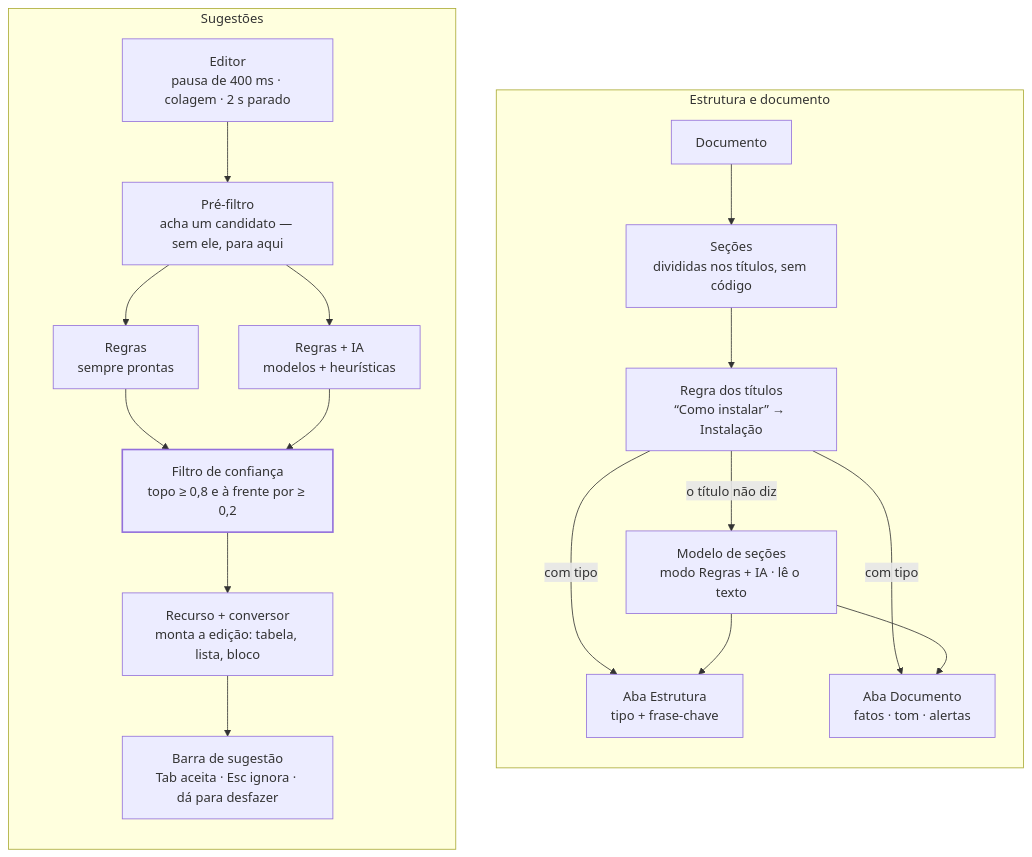
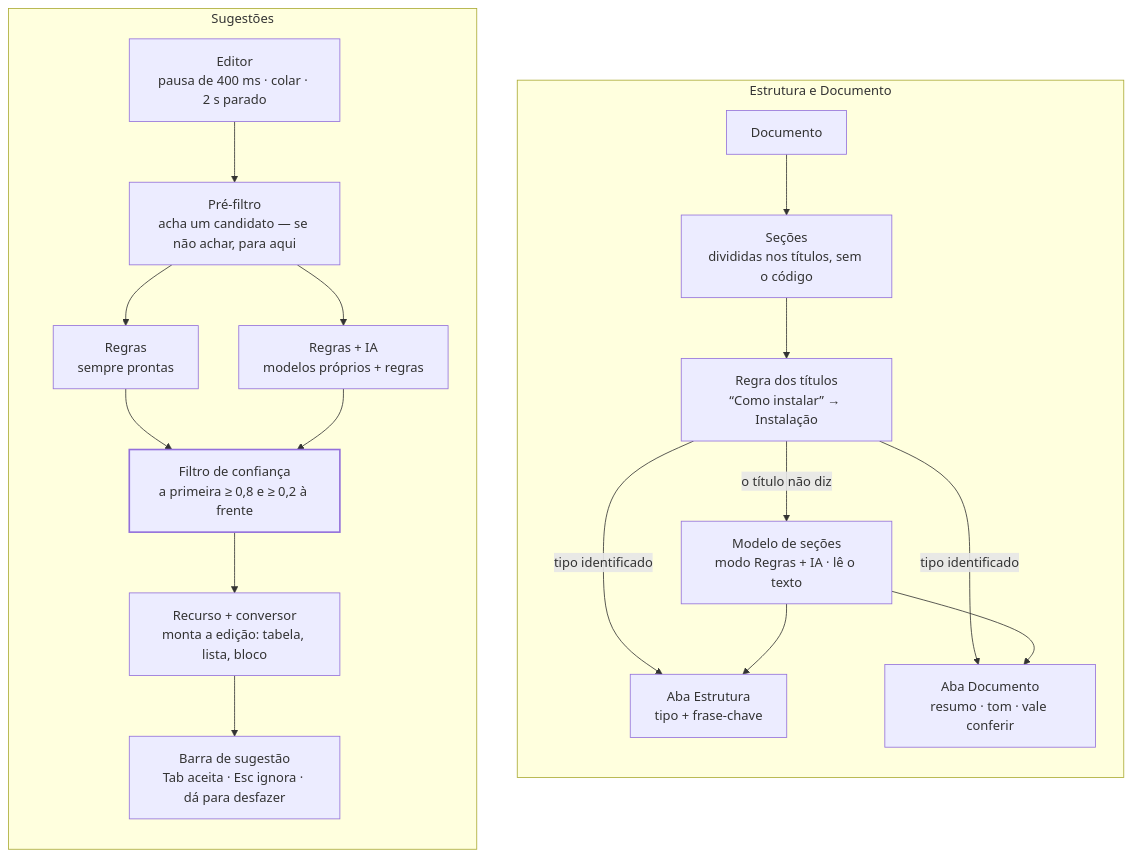
Before and after one commit to PabloFLPs/Marksage: the diagram in docs/SMART-ASSIST.pt-BR.md, drawn with Mermaid. The commit also changed other lines of this file and 2 other files, not shown here.

````diff
--- a/docs/SMART-ASSIST.pt-BR.md
+++ b/docs/SMART-ASSIST.pt-BR.md
@@ -128,26 +129,26 @@
 ```mermaid
 flowchart LR
   subgraph S ["Sugestões"]
     direction TB
-    E["Editor<br/>pausa de 400 ms · colagem · 2 s parado"] --> P["Pré-filtro<br/>acha um candidato — sem ele, para aqui"]
+    E["Editor<br/>pausa de 400 ms · colar · 2 s parado"] --> P["Pré-filtro<br/>acha um candidato — se não achar, para aqui"]
     P --> H["Regras<br/>sempre prontas"]
-    P --> M["Regras + IA<br/>modelos + heurísticas"]
-    H --> G["Filtro de confiança<br/>topo ≥ 0,8 e à frente por ≥ 0,2"]
+    P --> M["Regras + IA<br/>modelos próprios + regras"]
+    H --> G["Filtro de confiança<br/>a primeira ≥ 0,8 e ≥ 0,2 à frente"]
     M --> G
     G --> F["Recurso + conversor<br/>monta a edição: tabela, lista, bloco"]
     F --> B["Barra de sugestão<br/>Tab aceita · Esc ignora · dá para desfazer"]
   end
-  subgraph O ["Estrutura e documento"]
+  subgraph O ["Estrutura e Documento"]
     direction TB
-    D["Documento"] --> X["Seções<br/>divididas nos títulos, sem código"]
+    D["Documento"] --> X["Seções<br/>divididas nos títulos, sem o código"]
     X --> R["Regra dos títulos<br/>“Como instalar” → Instalação"]
     R -- "o título não diz" --> SM["Modelo de seções<br/>modo Regras + IA · lê o texto"]
-    R -- "com tipo" --> T1["Aba Estrutura<br/>tipo + frase-chave"]
-    R -- "com tipo" --> T2["Aba Documento<br/>fatos · tom · alertas"]
+    R -- "tipo identificado" --> T1["Aba Estrutura<br/>tipo + frase-chave"]
+    R -- "tipo identificado" --> T2["Aba Documento<br/>resumo · tom · vale conferir"]
     SM --> T1
     SM --> T2
   end
   S ~~~ O
   classDef gate stroke-width:2px
   class G gate
 ```
````
